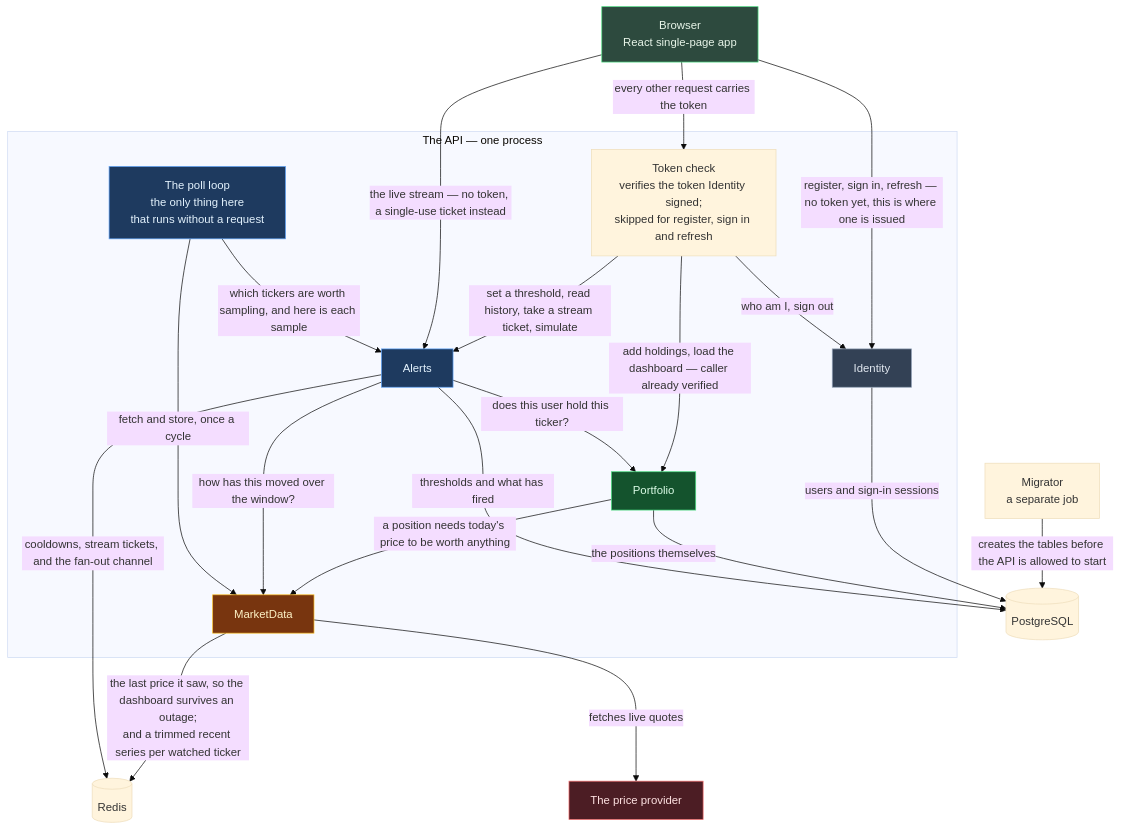
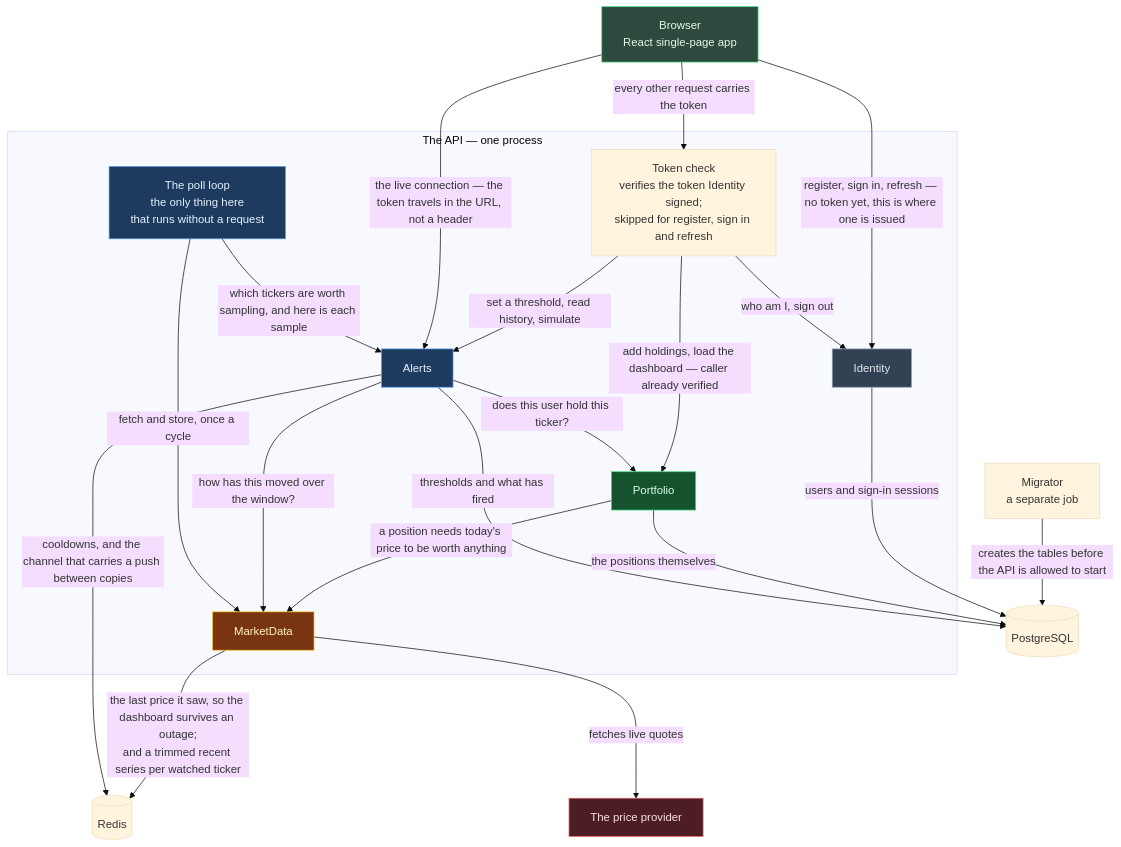
The diagram in docs/reference/service-interactions.md (Dilicidum/StockPortfolio), drawn with Mermaid (base theme) before and after one commit. The commit also changed other lines of this file and 529 other files, not shown here.

````diff
--- a/docs/reference/service-interactions.md
+++ b/docs/reference/service-interactions.md
@@ -7,45 +7,45 @@
 ```mermaid
 flowchart TB
     UI["Browser<br/>React single-page app"]
 
     subgraph HOST["The API — one process"]
         GATE["Token check<br/>verifies the token Identity signed;<br/>skipped for register, sign in and refresh"]
         ID[Identity]
         PF[Portfolio]
         MD[MarketData]
         AL[Alerts]
         POLL["The poll loop<br/>the only thing here<br/>that runs without a request"]
     end
 
     MIG["Migrator<br/>a separate job"]
     PG[("PostgreSQL")]
     RD[("Redis")]
     FH["The price provider"]
 
     UI -->|"register, sign in, refresh — no token yet, this is where one is issued"| ID
     UI -->|"every other request carries the token"| GATE
     GATE -->|"who am I, sign out"| ID
     GATE -->|"add holdings, load the dashboard — caller already verified"| PF
-    GATE -->|"set a threshold, read history, take a stream ticket, simulate"| AL
-    UI -->|"the live stream — no token, a single-use ticket instead"| AL
+    GATE -->|"set a threshold, read history, simulate"| AL
+    UI -->|"the live connection — the token travels in the URL, not a header"| AL
     PF -->|"a position needs today's price to be worth anything"| MD
     AL -->|"how has this moved over the window?"| MD
     AL -->|"does this user hold this ticker?"| PF
     POLL -->|"which tickers are worth sampling, and here is each sample"| AL
     POLL -->|"fetch and store, once a cycle"| MD
     ID -->|"users and sign-in sessions"| PG
     PF -->|"the positions themselves"| PG
     AL -->|"thresholds and what has fired"| PG
     MD -->|"the last price it saw, so the dashboard survives an outage;<br/>and a trimmed recent series per watched ticker"| RD
-    AL -->|"cooldowns, stream tickets, and the fan-out channel"| RD
+    AL -->|"cooldowns, and the channel that carries a push between copies"| RD
     MD -->|"fetches live quotes"| FH
     MIG -->|"creates the tables before the API is allowed to start"| PG
 
     style PF fill:#14532d,stroke:#4ade80,color:#dcfce7
     style MD fill:#78350f,stroke:#fbbf24,color:#fef3c7
     style AL fill:#1e3a5f,stroke:#60a5fa,color:#e3f2fd
     style POLL fill:#1e3a5f,stroke:#60a5fa,color:#e3f2fd
     style ID fill:#334155,stroke:#94a3b8,color:#e2e8f0
     style FH fill:#4c1d24,stroke:#f87171,color:#fee2e2
     style UI fill:#2d4a3e,stroke:#4ade80,color:#e8f5e9
 ```
````
